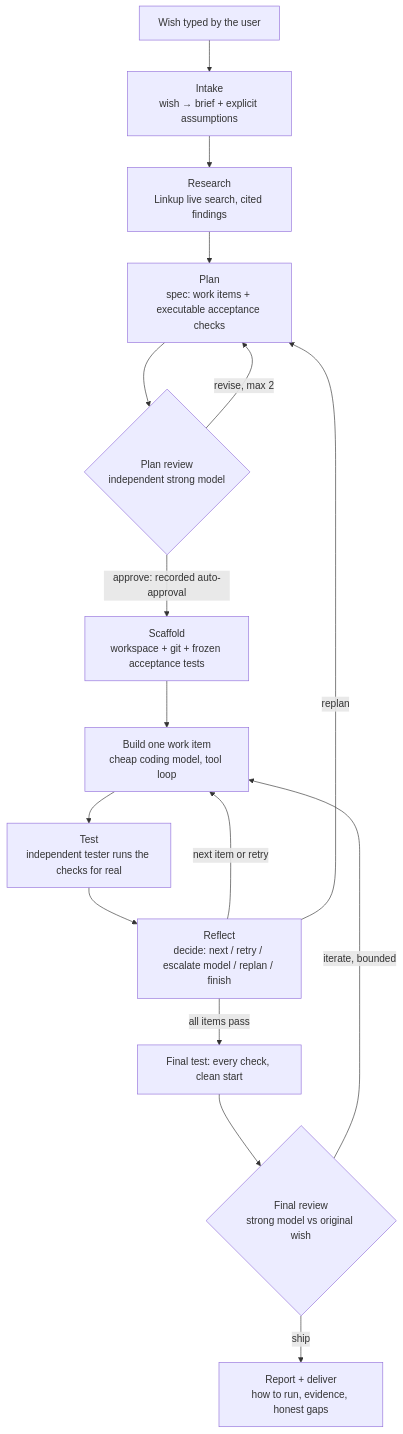
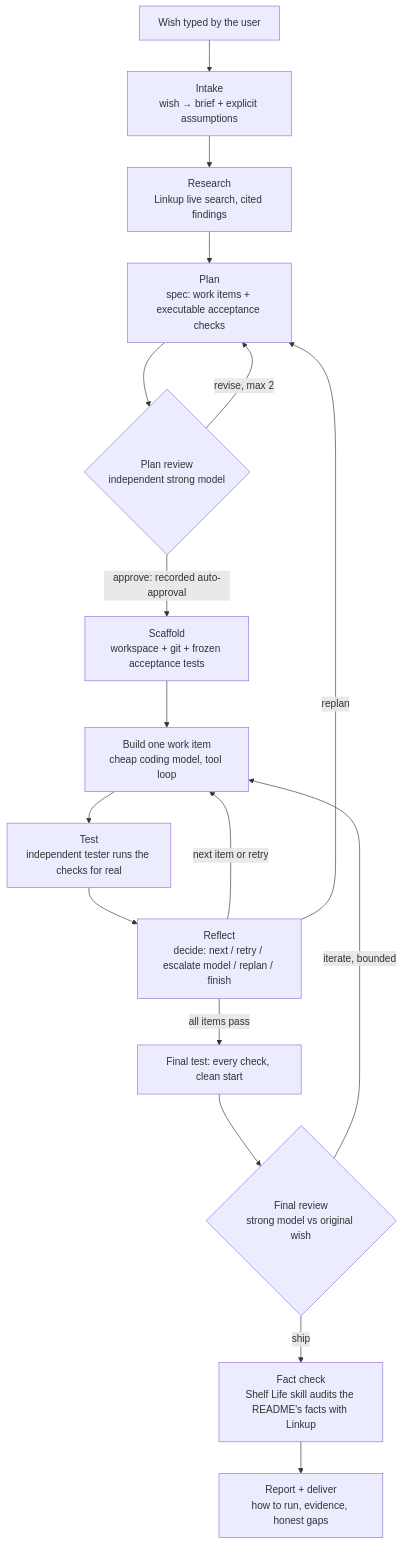
One commit to luoym525/ShallowSee-Harness changed the first of 2 diagrams in harness/docs/ARCHITECTURE.md. Above: the diagram before and after it, drawn with Mermaid. The commit also changed other lines of this file and 9 other files, not shown here.

First line of the commit message:
harness: contract v3, Shelf Life as a built-in skill (workstream 10)

````diff
--- a/harness/docs/ARCHITECTURE.md
+++ b/harness/docs/ARCHITECTURE.md
@@ -9,18 +9,19 @@
 ```mermaid
 flowchart TD
     W[Wish typed by the user] --> I[Intake<br/>wish → brief + explicit assumptions]
     I --> R[Research<br/>Linkup live search, cited findings]
     R --> P[Plan<br/>spec: work items + executable acceptance checks]
     P --> PR{Plan review<br/>independent strong model}
     PR -->|revise, max 2| P
     PR -->|approve: recorded auto-approval| S[Scaffold<br/>workspace + git + frozen acceptance tests]
     S --> B[Build one work item<br/>cheap coding model, tool loop]
     B --> T[Test<br/>independent tester runs the checks for real]
     T --> F[Reflect<br/>decide: next / retry / escalate model / replan / finish]
     F -->|next item or retry| B
     F -->|replan| P
     F -->|all items pass| FT[Final test: every check, clean start]
     FT --> FR{Final review<br/>strong model vs original wish}
     FR -->|iterate, bounded| B
-    FR -->|ship| D[Report + deliver<br/>how to run, evidence, honest gaps]
+    FR -->|ship| FC[Fact check<br/>Shelf Life skill audits the README's facts with Linkup]
+    FC --> D[Report + deliver<br/>how to run, evidence, honest gaps]
 ```
````
